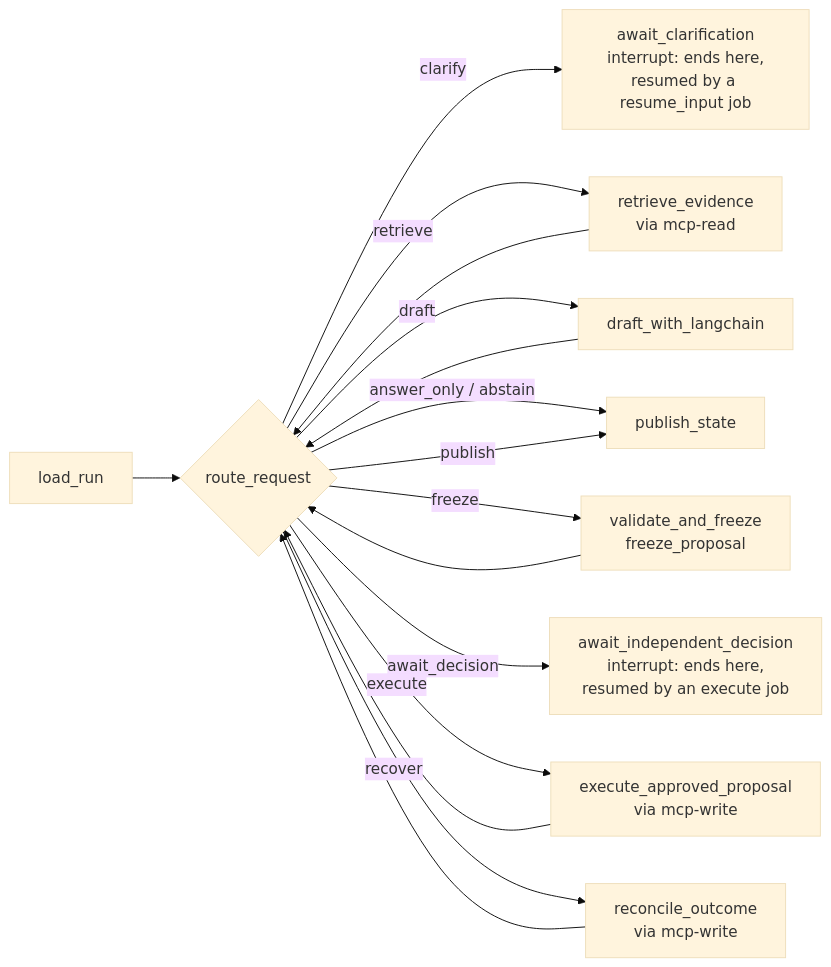
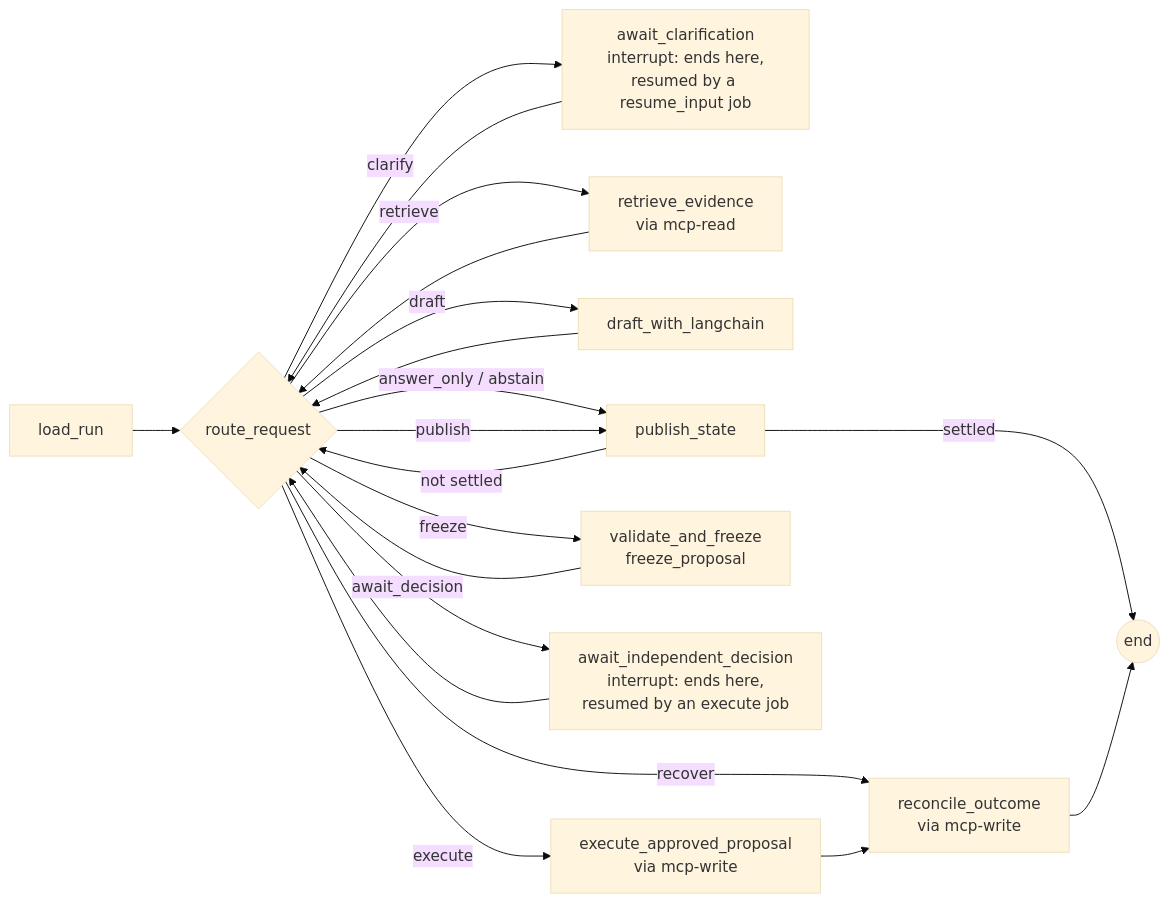
One commit to jschnepel/MLOps changed the second of 2 diagrams in docs/ARCHITECTURE.md. Above: the diagram before and after it, drawn with Mermaid (base theme). The commit also changed other lines of this file and 12 other files, not shown here.

````diff
--- a/docs/ARCHITECTURE.md
+++ b/docs/ARCHITECTURE.md
@@ -125,18 +125,22 @@
 ```mermaid
 flowchart LR
   L[load_run] --> R{route_request}
   R -->|clarify| C[await_clarification<br/>interrupt: ends here,<br/>resumed by a resume_input job]
   R -->|retrieve| E[retrieve_evidence<br/>via mcp-read]
   R -->|draft| D[draft_with_langchain]
   R -->|answer_only / abstain| P[publish_state]
   R -->|freeze| V[validate_and_freeze<br/>freeze_proposal]
   R -->|await_decision| A[await_independent_decision<br/>interrupt: ends here,<br/>resumed by an execute job]
   R -->|execute| X[execute_approved_proposal<br/>via mcp-write]
   R -->|recover| O[reconcile_outcome<br/>via mcp-write]
   R -->|publish| P
   E --> R
   D --> R
   V --> R
-  X --> R
-  O --> R
+  C --> R
+  A --> R
+  X --> O
+  P -->|not settled| R
+  P -->|settled| Z((end))
+  O --> Z
 ```
````
